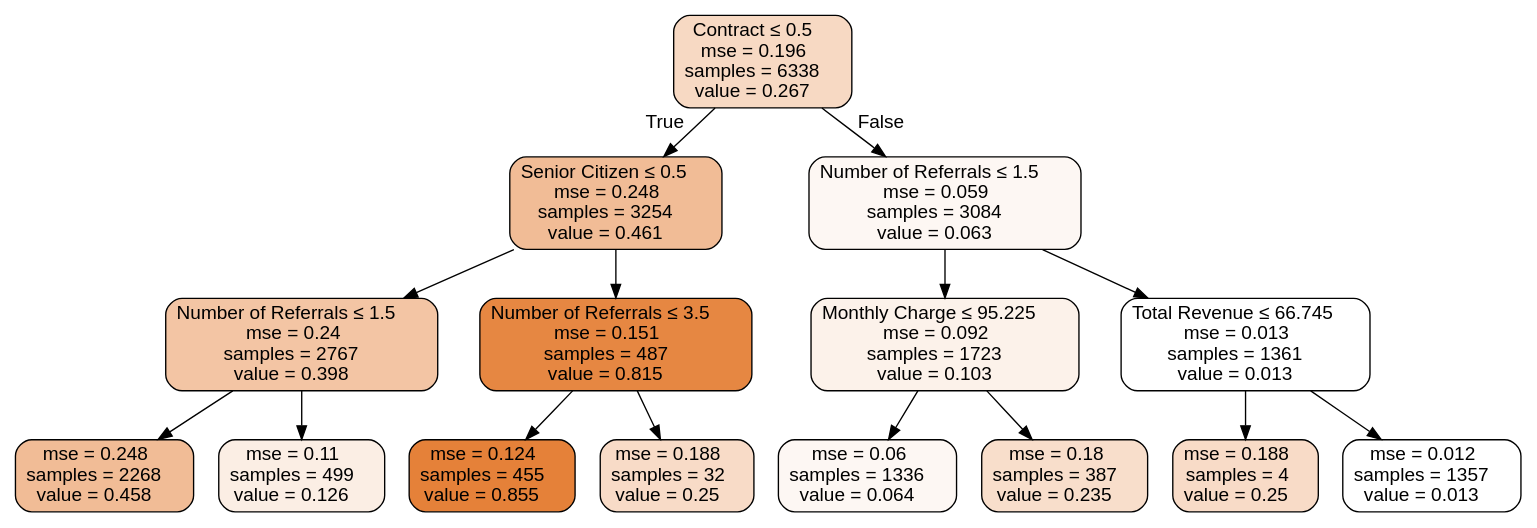
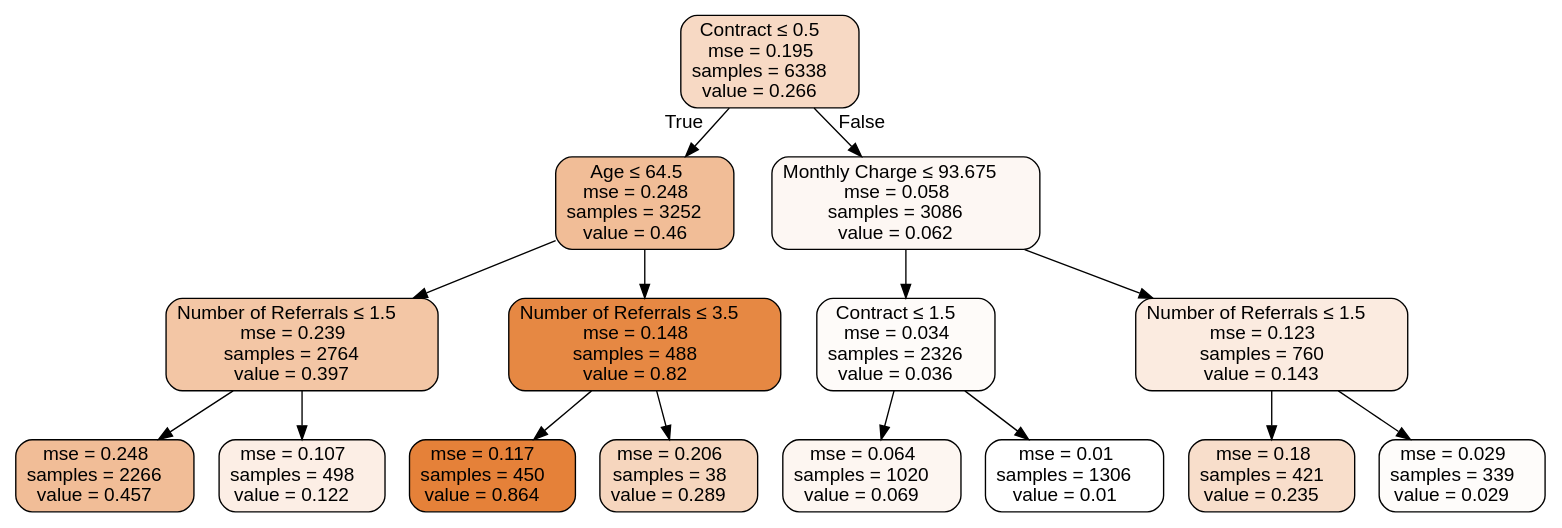
One commit to lucienwalewski/cse204project changed the diagram in src/Source.gv. Above: the diagram before and after it, drawn with Graphviz. The commit also changed 4 other files, not shown here.

```diff
--- a/src/Source.gv
+++ b/src/Source.gv
@@ -1,33 +1,33 @@
 digraph Tree {
 node [shape=box, style="filled, rounded", color="black", fontname=helvetica] ;
 edge [fontname=helvetica] ;
-0 [label=<Contract &le; 0.5<br/>mse = 0.196<br/>samples = 6338<br/>value = 0.267>, fillcolor="#f7d9c3"] ;
-1 [label=<Senior Citizen &le; 0.5<br/>mse = 0.248<br/>samples = 3254<br/>value = 0.461>, fillcolor="#f1bc96"] ;
+0 [label=<Contract &le; 0.5<br/>mse = 0.195<br/>samples = 6338<br/>value = 0.266>, fillcolor="#f7d9c4"] ;
+1 [label=<Age &le; 64.5<br/>mse = 0.248<br/>samples = 3252<br/>value = 0.46>, fillcolor="#f1bd97"] ;
 0 -> 1 [labeldistance=2.5, labelangle=45, headlabel="True"] ;
-2 [label=<Number of Referrals &le; 1.5<br/>mse = 0.24<br/>samples = 2767<br/>value = 0.398>, fillcolor="#f3c5a4"] ;
+2 [label=<Number of Referrals &le; 1.5<br/>mse = 0.239<br/>samples = 2764<br/>value = 0.397>, fillcolor="#f3c6a5"] ;
 1 -> 2 ;
-3 [label=<mse = 0.248<br/>samples = 2268<br/>value = 0.458>, fillcolor="#f1bc96"] ;
+3 [label=<mse = 0.248<br/>samples = 2266<br/>value = 0.457>, fillcolor="#f1bd97"] ;
 2 -> 3 ;
-4 [label=<mse = 0.11<br/>samples = 499<br/>value = 0.126>, fillcolor="#fbeee4"] ;
+4 [label=<mse = 0.107<br/>samples = 498<br/>value = 0.122>, fillcolor="#fceee5"] ;
 2 -> 4 ;
-5 [label=<Number of Referrals &le; 3.5<br/>mse = 0.151<br/>samples = 487<br/>value = 0.815>, fillcolor="#e68742"] ;
+5 [label=<Number of Referrals &le; 3.5<br/>mse = 0.148<br/>samples = 488<br/>value = 0.82>, fillcolor="#e68843"] ;
 1 -> 5 ;
-6 [label=<mse = 0.124<br/>samples = 455<br/>value = 0.855>, fillcolor="#e58139"] ;
+6 [label=<mse = 0.117<br/>samples = 450<br/>value = 0.864>, fillcolor="#e58139"] ;
 5 -> 6 ;
-7 [label=<mse = 0.188<br/>samples = 32<br/>value = 0.25>, fillcolor="#f8dbc7"] ;
+7 [label=<mse = 0.206<br/>samples = 38<br/>value = 0.289>, fillcolor="#f6d6be"] ;
 5 -> 7 ;
-8 [label=<Number of Referrals &le; 1.5<br/>mse = 0.059<br/>samples = 3084<br/>value = 0.063>, fillcolor="#fdf7f3"] ;
+8 [label=<Monthly Charge &le; 93.675<br/>mse = 0.058<br/>samples = 3086<br/>value = 0.062>, fillcolor="#fdf7f3"] ;
 0 -> 8 [labeldistance=2.5, labelangle=-45, headlabel="False"] ;
-9 [label=<Monthly Charge &le; 95.225<br/>mse = 0.092<br/>samples = 1723<br/>value = 0.103>, fillcolor="#fcf2ea"] ;
+9 [label=<Contract &le; 1.5<br/>mse = 0.034<br/>samples = 2326<br/>value = 0.036>, fillcolor="#fefbf9"] ;
 8 -> 9 ;
-10 [label=<mse = 0.06<br/>samples = 1336<br/>value = 0.064>, fillcolor="#fdf7f3"] ;
+10 [label=<mse = 0.064<br/>samples = 1020<br/>value = 0.069>, fillcolor="#fdf6f1"] ;
 9 -> 10 ;
-11 [label=<mse = 0.18<br/>samples = 387<br/>value = 0.235>, fillcolor="#f8decb"] ;
+11 [label=<mse = 0.01<br/>samples = 1306<br/>value = 0.01>, fillcolor="#ffffff"] ;
 9 -> 11 ;
-12 [label=<Total Revenue &le; 66.745<br/>mse = 0.013<br/>samples = 1361<br/>value = 0.013>, fillcolor="#ffffff"] ;
+12 [label=<Number of Referrals &le; 1.5<br/>mse = 0.123<br/>samples = 760<br/>value = 0.143>, fillcolor="#fbebe0"] ;
 8 -> 12 ;
-13 [label=<mse = 0.188<br/>samples = 4<br/>value = 0.25>, fillcolor="#f8dbc7"] ;
+13 [label=<mse = 0.18<br/>samples = 421<br/>value = 0.235>, fillcolor="#f8decb"] ;
 12 -> 13 ;
-14 [label=<mse = 0.012<br/>samples = 1357<br/>value = 0.013>, fillcolor="#ffffff"] ;
+14 [label=<mse = 0.029<br/>samples = 339<br/>value = 0.029>, fillcolor="#fefcfa"] ;
 12 -> 14 ;
 }
```
